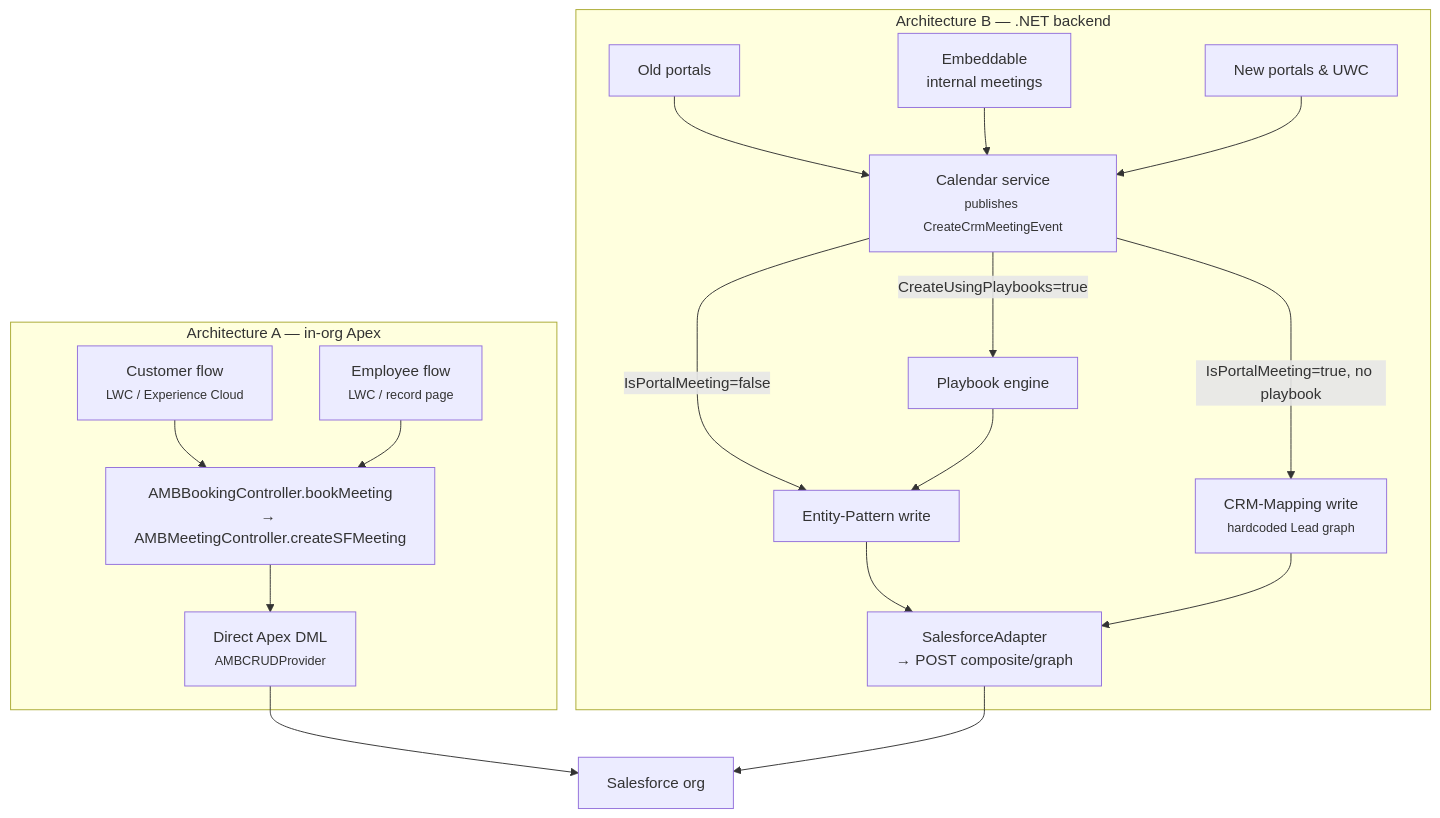
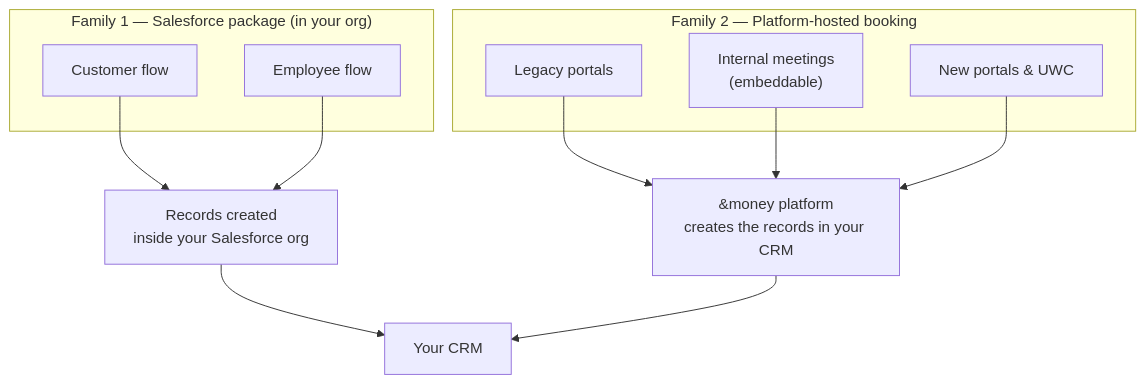
Before and after one commit to andmoneyaps/docs: the diagram in _bookme/meeting-creation/index.md, drawn with Mermaid. The commit also changed other lines of this file and 7 other files, not shown here.

````diff
--- a/_bookme/meeting-creation/index.md
+++ b/_bookme/meeting-creation/index.md
@@ -77,28 +78,19 @@
 ```mermaid
 graph TD
-    subgraph A["Architecture A — in-org Apex"]
-        CF["Customer flow<br/><small>LWC / Experience Cloud</small>"]
-        EF["Employee flow<br/><small>LWC / record page</small>"]
-        CF --> APEX["AMBBookingController.bookMeeting<br/>→ AMBMeetingController.createSFMeeting"]
-        EF --> APEX
-        APEX --> DML["Direct Apex DML<br/><small>AMBCRUDProvider</small>"]
+    subgraph F1["Family 1 — Salesforce package (in your org)"]
+        CF["Customer flow"]
+        EF["Employee flow"]
     end
-
-    subgraph B["Architecture B — .NET backend"]
-        OP["Old portals"]
-        EMB["Embeddable<br/>internal meetings"]
+    subgraph F2["Family 2 — Platform-hosted booking"]
+        OP["Legacy portals"]
+        EMB["Internal meetings<br/>(embeddable)"]
         NP["New portals & UWC"]
-        OP --> CAL["Calendar service<br/><small>publishes CreateCrmMeetingEvent</small>"]
-        EMB --> CAL
-        NP --> CAL
-        CAL -->|"IsPortalMeeting=false"| EP["Entity-Pattern write"]
-        CAL -->|"IsPortalMeeting=true, no playbook"| CRM["CRM-Mapping write<br/><small>hardcoded Lead graph</small>"]
-        CAL -->|"CreateUsingPlaybooks=true"| PB["Playbook engine"]
-        PB --> EP
-        EP --> SINK["SalesforceAdapter<br/>→ POST composite/graph"]
-        CRM --> SINK
     end
-
-    DML --> SF["Salesforce org"]
-    SINK --> SF
+    CF --> ORG["Records created<br/>inside your Salesforce org"]
+    EF --> ORG
+    OP --> PLAT["&money platform<br/>creates the records in your CRM"]
+    EMB --> PLAT
+    NP --> PLAT
+    ORG --> CRM["Your CRM"]
+    PLAT --> CRM
 ```
````
